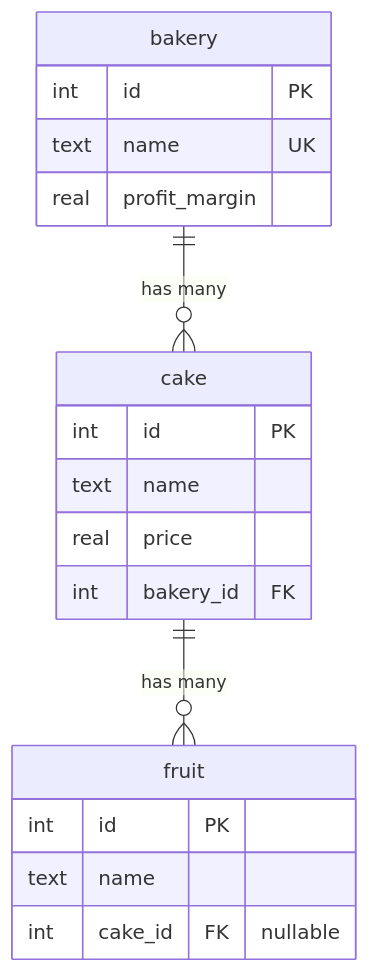
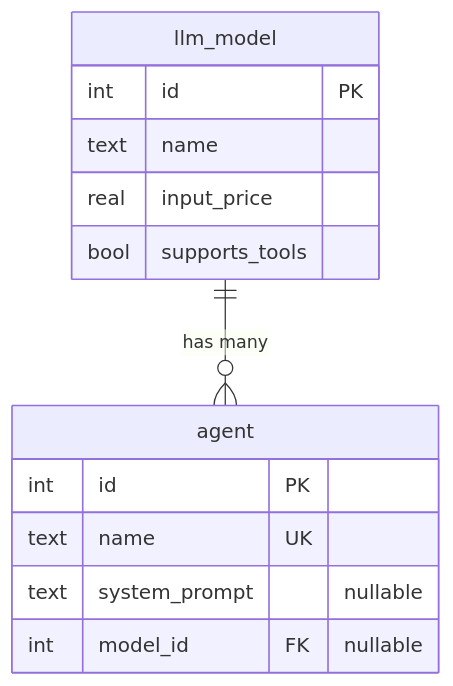
One commit to aartintelligent/turso-orm changed the diagram in docs/guide/relations.md. Above: the diagram before and after it, drawn with Mermaid. The commit also changed other lines of this file and 103 other files, not shown here.

First line of the commit message:
chore(examples): share one agent runtime schema across the example and the guide (#59)

````diff
--- a/docs/guide/relations.md
+++ b/docs/guide/relations.md
@@ -17,21 +20,16 @@
 ```mermaid
 erDiagram
-    bakery ||--o{ cake : "has many"
-    cake ||--o{ fruit : "has many"
-    bakery {
+    llm_model ||--o{ agent : "has many"
+    llm_model {
+        int id PK
+        text name
+        real input_price
+        bool supports_tools
+    }
+    agent {
         int id PK
         text name UK
-        real profit_margin
-    }
-    cake {
-        int id PK
-        text name
-        real price
-        int bakery_id FK
-    }
-    fruit {
-        int id PK
-        text name
-        int cake_id FK "nullable"
+        text system_prompt "nullable"
+        int model_id FK "nullable"
     }
 ```
````
